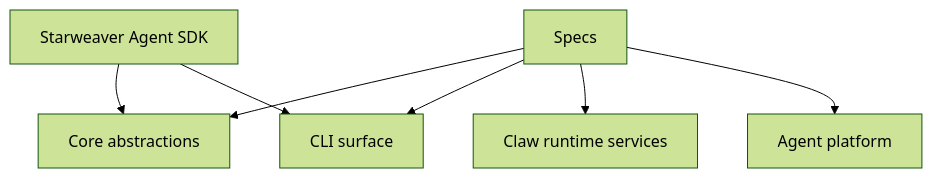
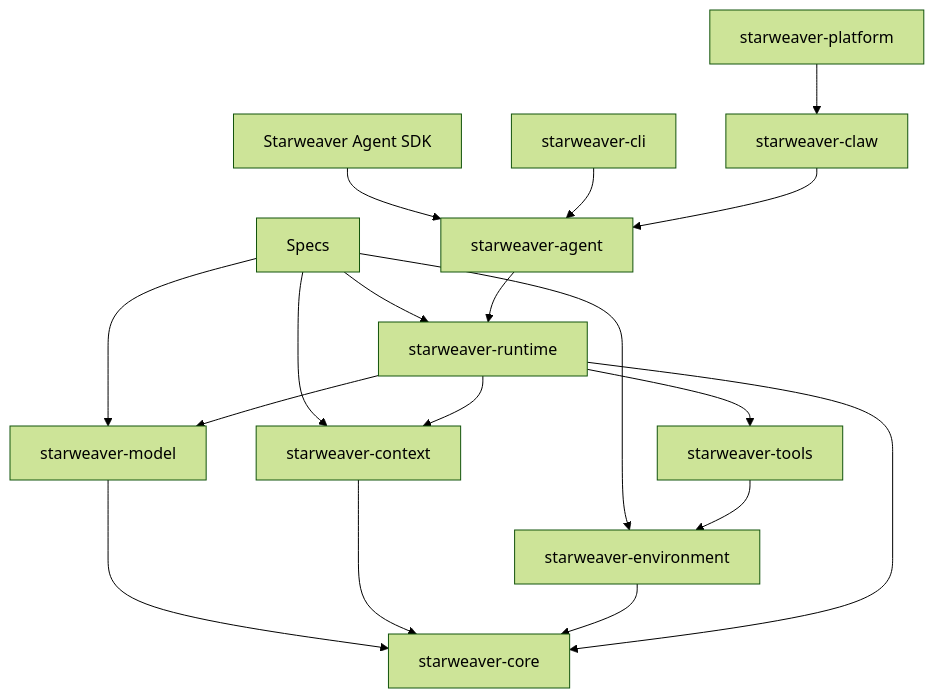
Before and after one commit to Wh1isper/starweaver: the diagram in spec/README.md, drawn with Mermaid (forest theme). The commit also changed other lines of this file and 8 other files, not shown here.

Commit message:
Add runtime architecture specs

````diff
--- a/spec/README.md
+++ b/spec/README.md
@@ -13,16 +30,33 @@
 ```mermaid
 flowchart TD
     sdk[Starweaver Agent SDK]
-    core[Core abstractions]
-    cli[CLI surface]
-    claw[Claw runtime services]
-    platform[Agent platform]
+    core[starweaver-core]
+    model[starweaver-model]
+    context[starweaver-context]
+    environment[starweaver-environment]
+    tools[starweaver-tools]
+    runtime[starweaver-runtime]
+    agent[starweaver-agent]
+    cli[starweaver-cli]
+    claw[starweaver-claw]
+    platform[starweaver-platform]
     specs[Specs]
 
-    specs --> core
-    specs --> cli
-    specs --> claw
-    specs --> platform
-    sdk --> core
-    sdk --> cli
+    specs --> model
+    specs --> context
+    specs --> environment
+    specs --> runtime
+    sdk --> agent
+    agent --> runtime
+    runtime --> model
+    runtime --> context
+    runtime --> tools
+    tools --> environment
+    cli --> agent
+    claw --> agent
+    platform --> claw
+    model --> core
+    context --> core
+    environment --> core
+    runtime --> core
 ```
````
